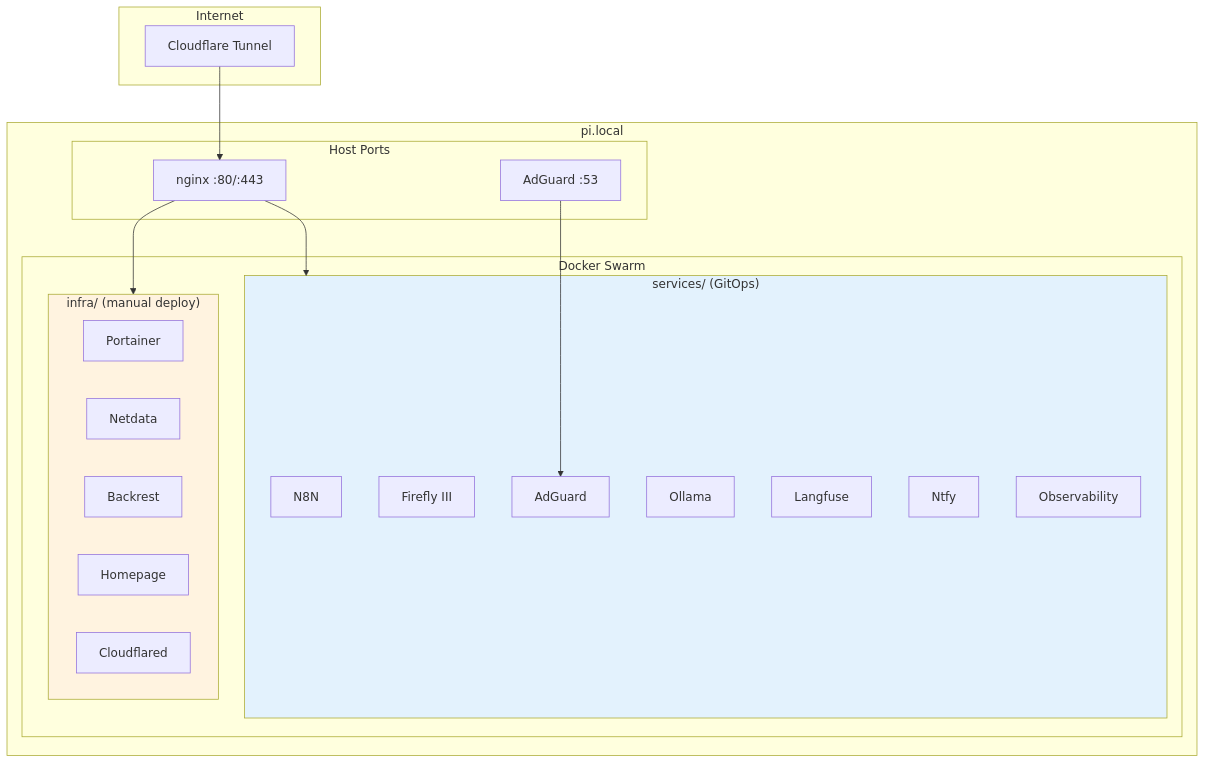
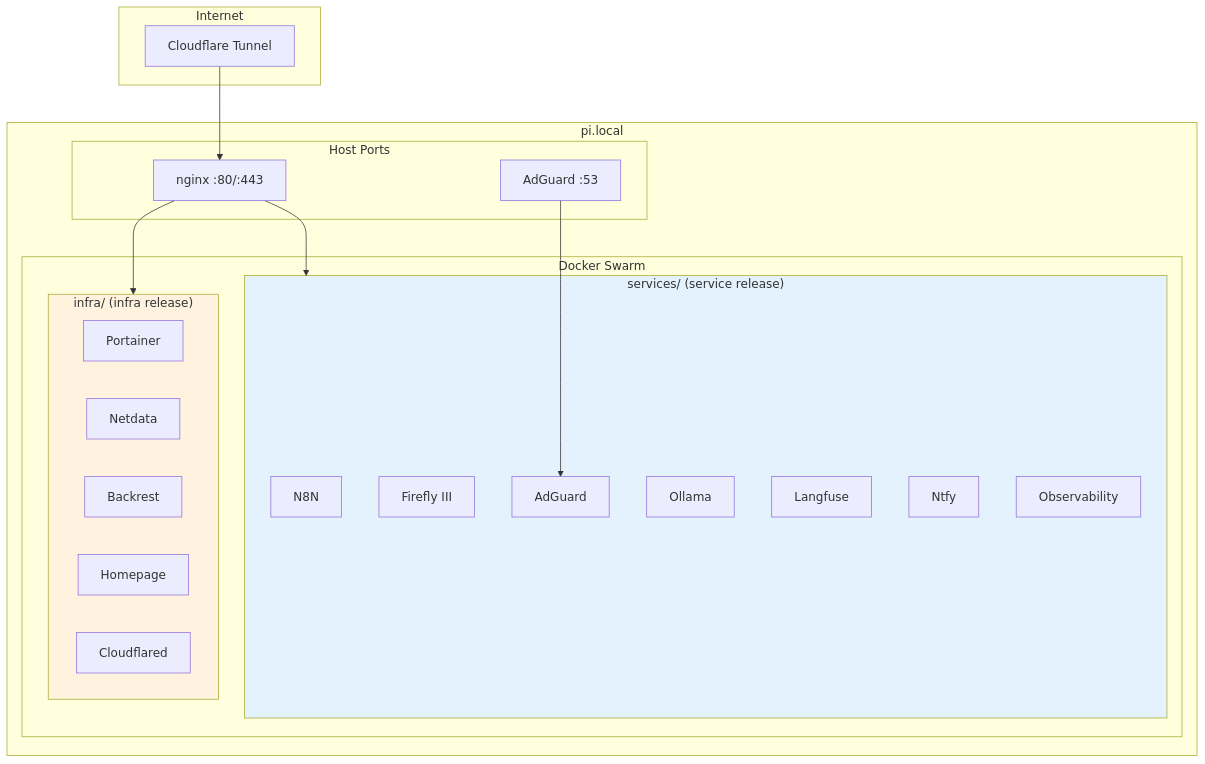
Before and after one commit to giocaizzi/rp5-homeserver: the diagram in docs/README.md, drawn with Mermaid. The commit also changed other lines of this file and 6 other files, not shown here.

````diff
--- a/docs/README.md
+++ b/docs/README.md
@@ -7,41 +7,41 @@
 ```mermaid
 flowchart TB
     subgraph Internet
         CF[Cloudflare Tunnel]
     end
 
     subgraph Host["pi.local"]
         subgraph Ports["Host Ports"]
             nginx["nginx :80/:443"]
             dns["AdGuard :53"]
         end
 
         subgraph Swarm["Docker Swarm"]
-            subgraph infra["infra/ (manual deploy)"]
+            subgraph infra["infra/ (infra release)"]
                 portainer[Portainer]
                 netdata[Netdata]
                 backrest[Backrest]
                 homepage[Homepage]
                 cloudflared[Cloudflared]
             end
 
-            subgraph services["services/ (GitOps)"]
+            subgraph services["services/ (service release)"]
                 n8n[N8N]
                 firefly[Firefly III]
                 adguard[AdGuard]
                 ollama[Ollama]
                 langfuse[Langfuse]
                 ntfy[Ntfy]
                 observability[Observability]
             end
         end
     end
 
     CF --> nginx
     nginx --> infra
     nginx --> services
     dns --> adguard
 
     style infra fill:#FFF3E0
     style services fill:#E3F2FD
 ```
````
